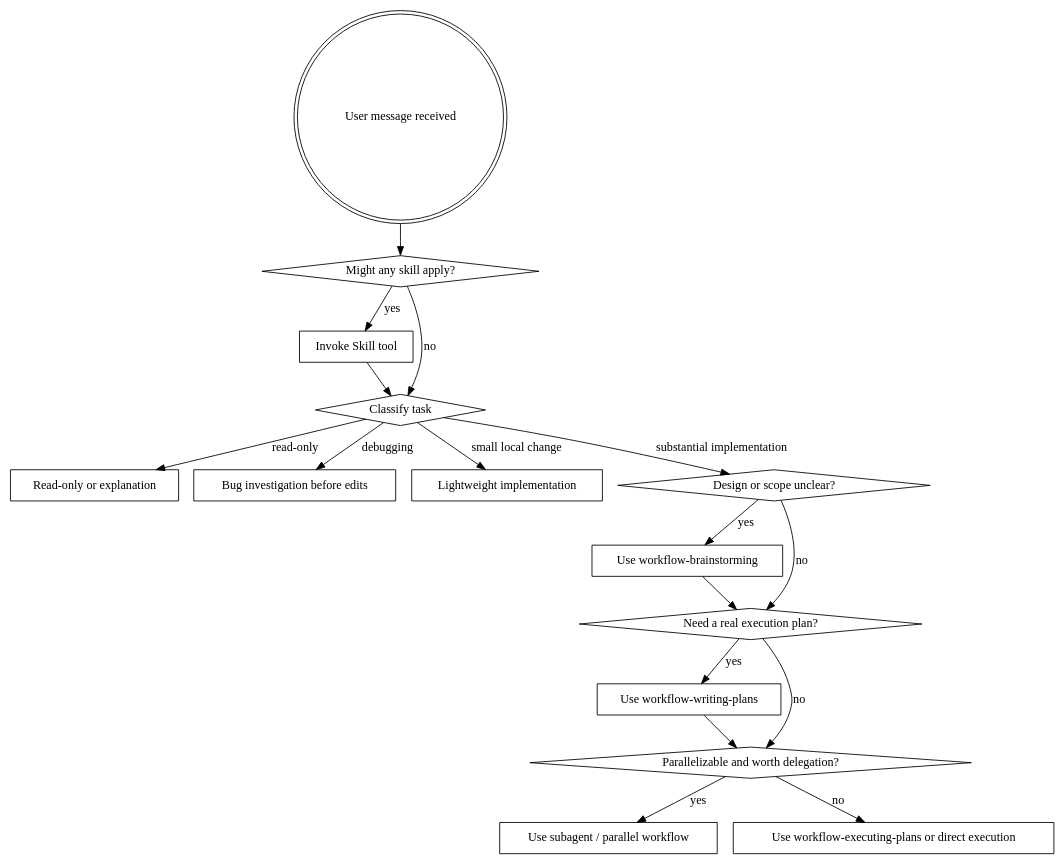
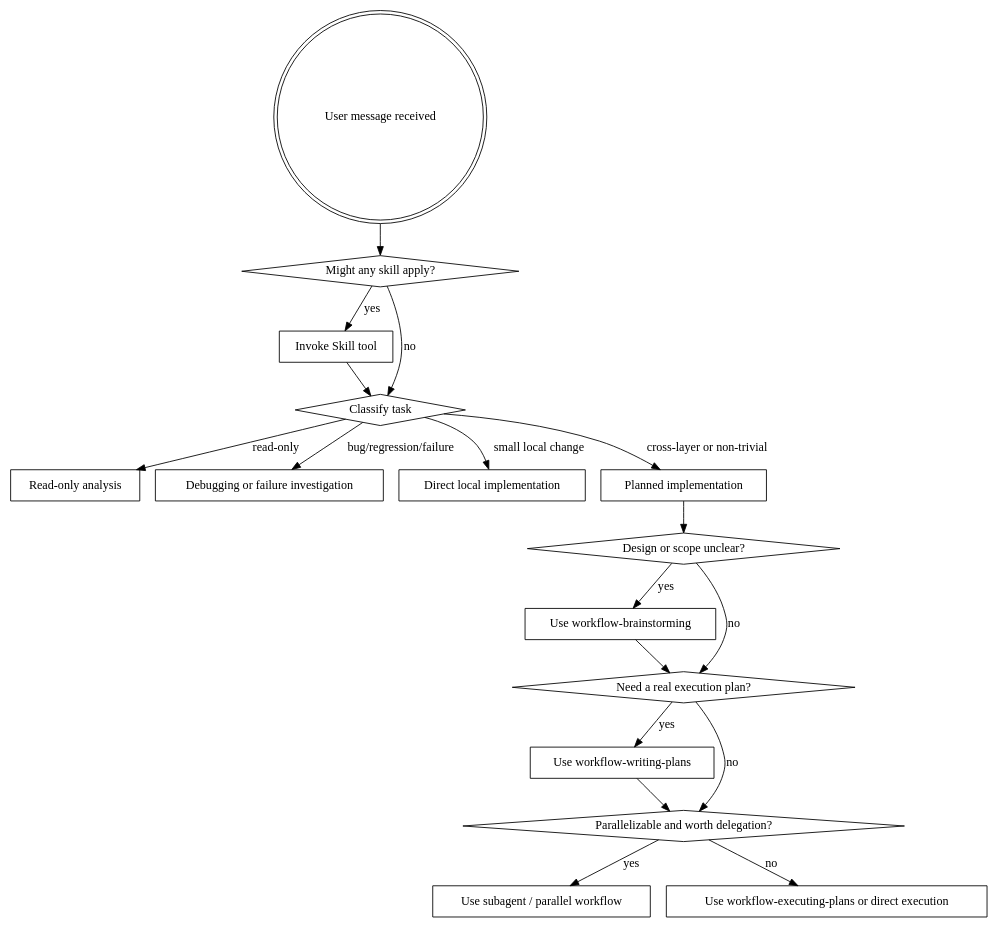
One commit to BryanHoo/workflow changed the diagram in skills/workflow-start/SKILL.md. Above: the diagram before and after it, drawn with Graphviz. The commit also changed other lines of this file and 3 other files, not shown here.

````diff
--- a/skills/workflow-start/SKILL.md
+++ b/skills/workflow-start/SKILL.md
@@ -44,35 +44,37 @@
 ```dot
 digraph skill_flow {
     "User message received" [shape=doublecircle];
     "Might any skill apply?" [shape=diamond];
     "Invoke Skill tool" [shape=box];
     "Classify task" [shape=diamond];
-    "Read-only or explanation" [shape=box];
-    "Bug investigation before edits" [shape=box];
-    "Lightweight implementation" [shape=box];
+    "Read-only analysis" [shape=box];
+    "Debugging or failure investigation" [shape=box];
+    "Direct local implementation" [shape=box];
+    "Planned implementation" [shape=box];
     "Design or scope unclear?" [shape=diamond];
     "Use workflow-brainstorming" [shape=box];
     "Need a real execution plan?" [shape=diamond];
     "Use workflow-writing-plans" [shape=box];
     "Parallelizable and worth delegation?" [shape=diamond];
     "Use subagent / parallel workflow" [shape=box];
     "Use workflow-executing-plans or direct execution" [shape=box];
 
     "User message received" -> "Might any skill apply?";
     "Might any skill apply?" -> "Invoke Skill tool" [label="yes"];
     "Might any skill apply?" -> "Classify task" [label="no"];
     "Invoke Skill tool" -> "Classify task";
-    "Classify task" -> "Read-only or explanation" [label="read-only"];
-    "Classify task" -> "Bug investigation before edits" [label="debugging"];
-    "Classify task" -> "Lightweight implementation" [label="small local change"];
-    "Classify task" -> "Design or scope unclear?" [label="substantial implementation"];
+    "Classify task" -> "Read-only analysis" [label="read-only"];
+    "Classify task" -> "Debugging or failure investigation" [label="bug/regression/failure"];
+    "Classify task" -> "Direct local implementation" [label="small local change"];
+    "Classify task" -> "Planned implementation" [label="cross-layer or non-trivial"];
+    "Planned implementation" -> "Design or scope unclear?";
     "Design or scope unclear?" -> "Use workflow-brainstorming" [label="yes"];
     "Design or scope unclear?" -> "Need a real execution plan?" [label="no"];
     "Use workflow-brainstorming" -> "Need a real execution plan?";
     "Need a real execution plan?" -> "Use workflow-writing-plans" [label="yes"];
     "Need a real execution plan?" -> "Parallelizable and worth delegation?" [label="no"];
     "Use workflow-writing-plans" -> "Parallelizable and worth delegation?";
     "Parallelizable and worth delegation?" -> "Use subagent / parallel workflow" [label="yes"];
     "Parallelizable and worth delegation?" -> "Use workflow-executing-plans or direct execution" [label="no"];
 }
 ```
````
